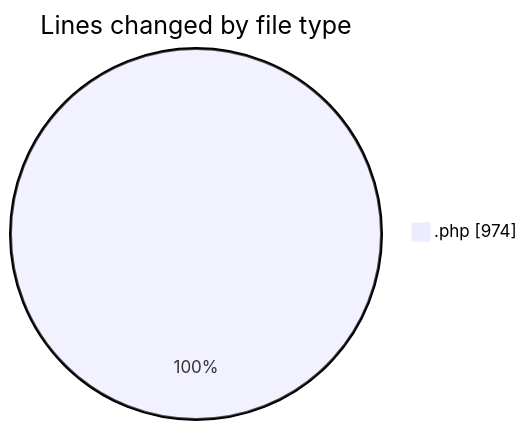
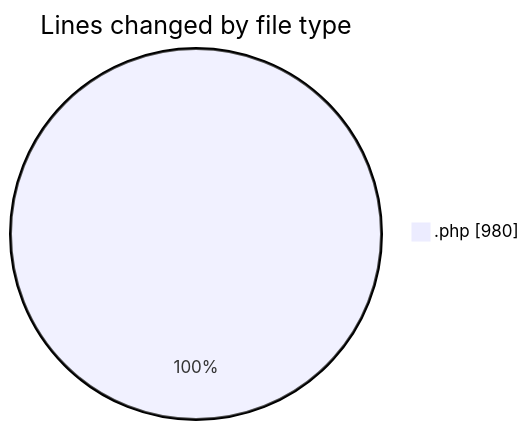
The first of 2 diagrams in 2025-01-14/oficina/README.md (LanceThiago/code-tracking), drawn with Mermaid before and after one commit. The commit also changed other lines of this file and 1 other file, not shown here.

````diff
--- a/2025-01-14/oficina/README.md
+++ b/2025-01-14/oficina/README.md
@@ -23,5 +23,5 @@
 ```mermaid
 pie showData
 title Lines changed by file type
-".php" : 974
+".php" : 980
 ```
````
